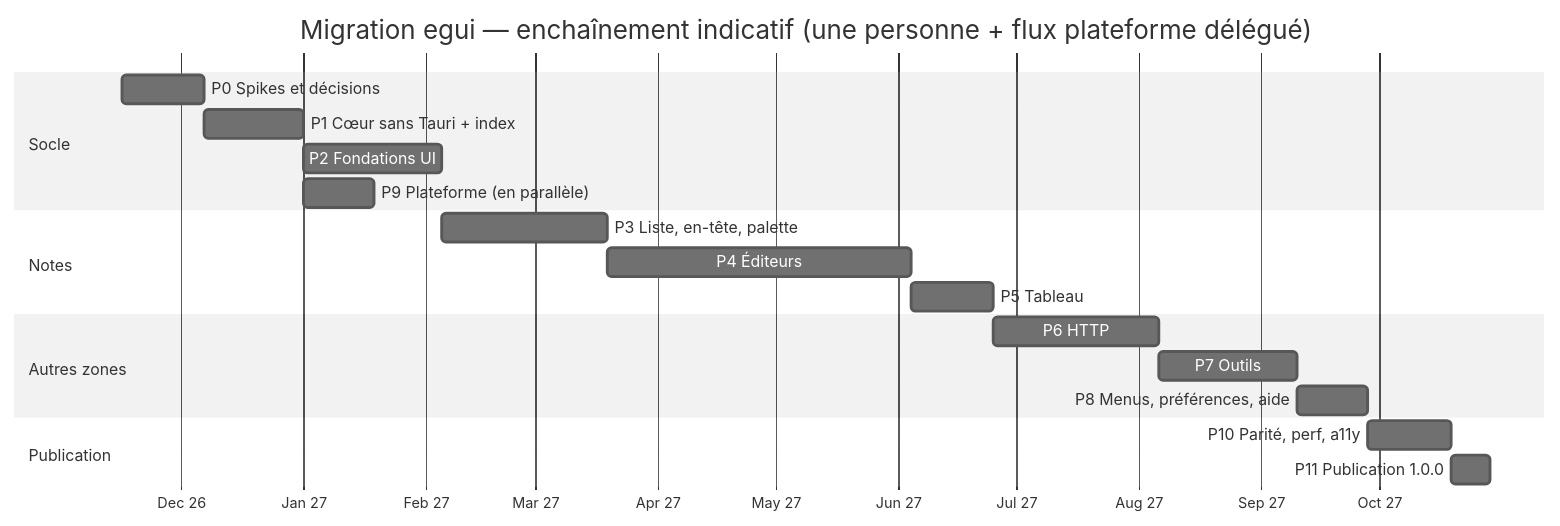
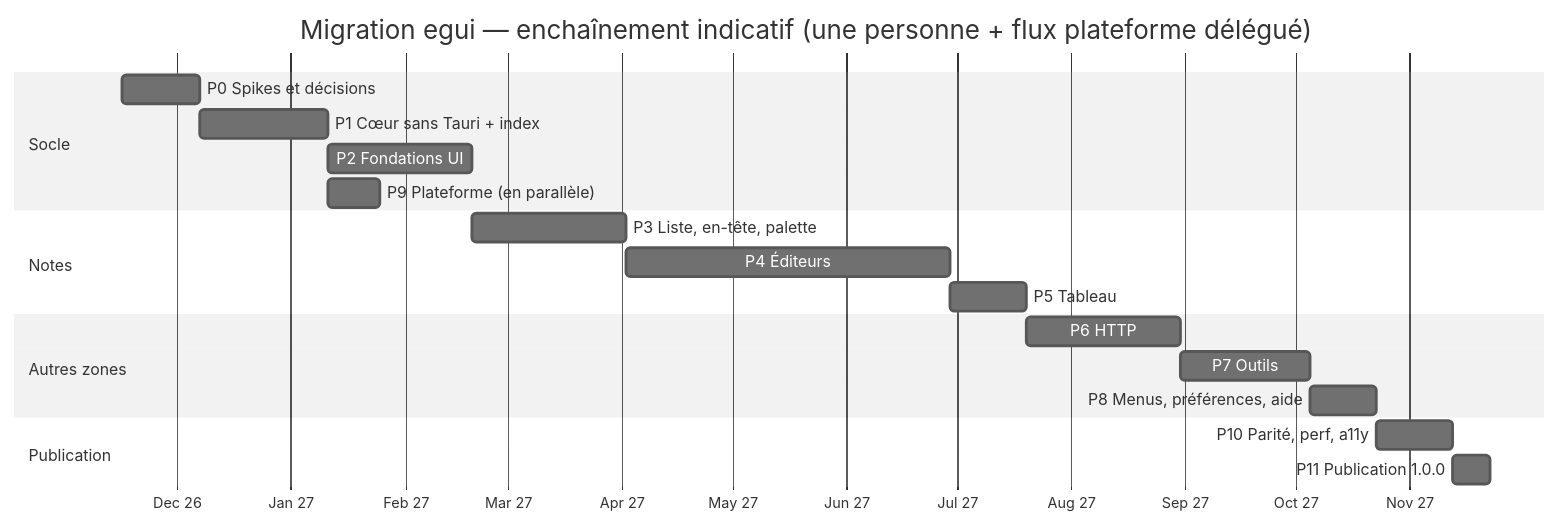
The seventh of 7 diagrams in docs/egui-migration-plan.md (vmillet-dev/devnotes-rs), drawn with Mermaid (neutral theme) before and after one commit. The commit also changed other lines of this file and 1 other file, not shown here.

````diff
--- a/docs/egui-migration-plan.md
+++ b/docs/egui-migration-plan.md
@@ -1096,22 +1326,22 @@
 ```mermaid
 gantt
   title Migration egui — enchaînement indicatif (une personne + flux plateforme délégué)
   dateFormat YYYY-MM-DD
   axisFormat %b %y
   section Socle
   P0 Spikes et décisions          :p0, 2026-11-16, 21d
-  P1 Cœur sans Tauri + index      :p1, after p0, 25d
-  P2 Fondations UI                :p2, after p1, 35d
-  P9 Plateforme (en parallèle)    :p9, after p1, 18d
+  P1 Cœur sans Tauri + index      :p1, after p0, 35d
+  P2 Fondations UI                :p2, after p1, 39d
+  P9 Plateforme (en parallèle)    :p9, after p1, 14d
   section Notes
   P3 Liste, en-tête, palette      :p3, after p2, 42d
-  P4 Éditeurs                     :p4, after p3, 77d
+  P4 Éditeurs                     :p4, after p3, 88d
   P5 Tableau                      :p5, after p4, 21d
   section Autres zones
   P6 HTTP                         :p6, after p5, 42d
   P7 Outils                       :p7, after p6, 35d
   P8 Menus, préférences, aide     :p8, after p7, 18d
   section Publication
   P10 Parité, perf, a11y          :p10, after p8, 21d
   P11 Publication 1.0.0           :p11, after p10, 10d
 ```
````
